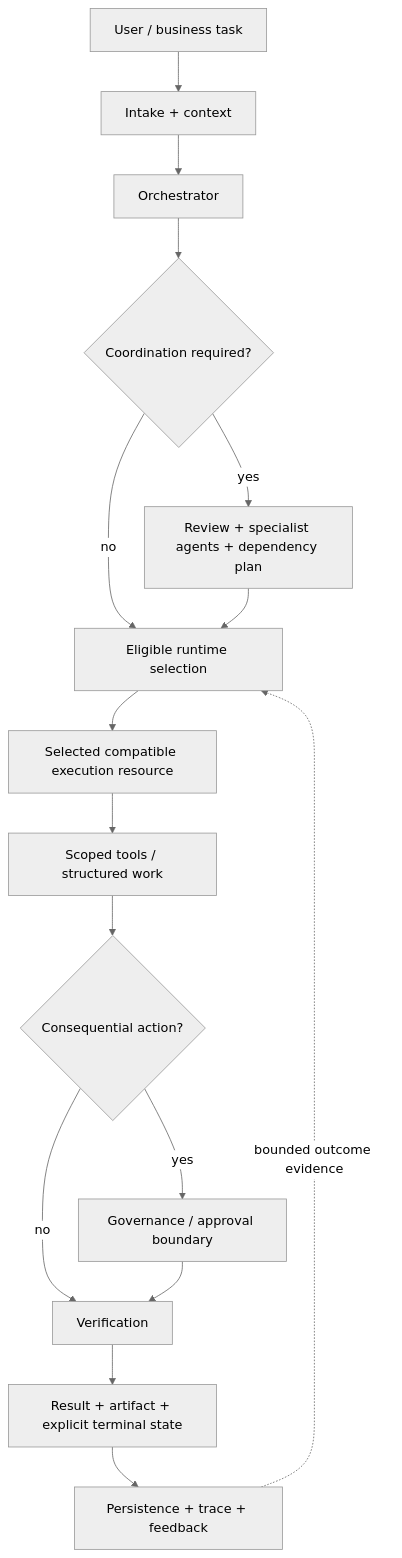
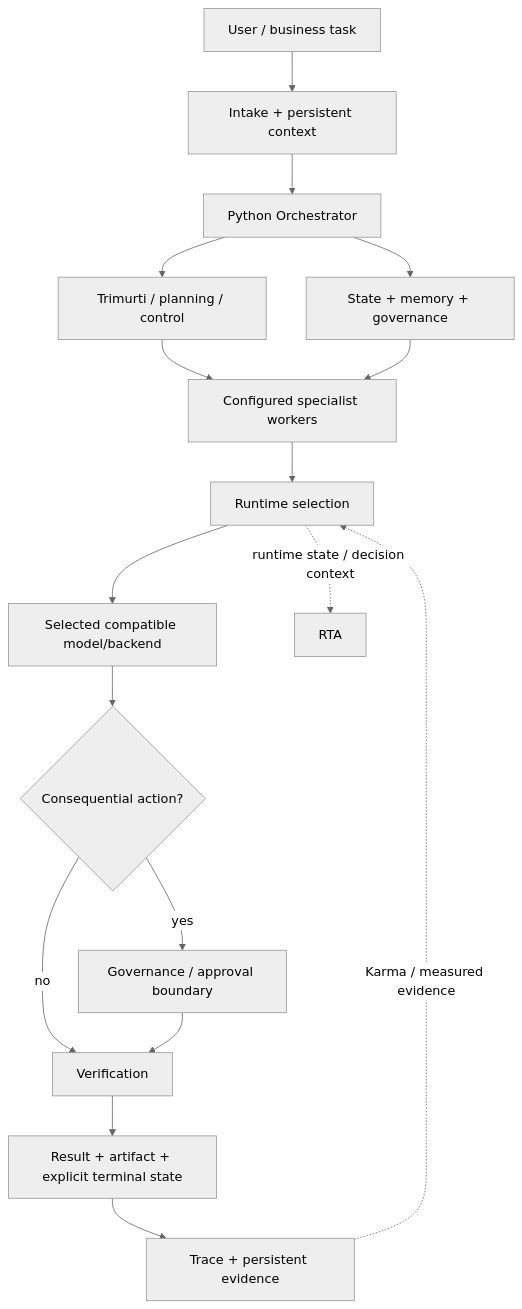
One commit to Prashant10009/agent-forge-showcase changed the diagram in docs/ARCHITECTURE.md. Above: the diagram before and after it, drawn with Mermaid (neutral theme). The commit also changed other lines of this file and 3 other files, not shown here.

First line of the commit message:
docs: final architecture consistency audit (#16)

````diff
--- a/docs/ARCHITECTURE.md
+++ b/docs/ARCHITECTURE.md
@@ -18,18 +19,19 @@
 ```mermaid
 flowchart TD
-  U["User / business task"] --> I["Intake + context"]
-  I --> O["Orchestrator"]
-  O --> D{"Coordination required?"}
-  D -- "no" --> R["Eligible runtime selection"]
-  D -- "yes" --> C["Review + specialist agents + dependency plan"]
-  C --> R
-  R --> X["Selected compatible execution resource"]
-  X --> T["Scoped tools / structured work"]
-  T --> G{"Consequential action?"}
-  G -- "yes" --> A["Governance / approval boundary"]
-  G -- "no" --> V["Verification"]
-  A --> V
-  V --> S["Result + artifact + explicit terminal state"]
-  S --> P["Persistence + trace + feedback"]
-  P -. "bounded outcome evidence" .-> R
+  U["User / business task"] --> I["Intake + persistent context"]
+  I --> O["Python Orchestrator"]
+  O --> T["Trimurti / planning / control"]
+  O --> S["State + memory + governance"]
+  T --> W["Configured specialist workers"]
+  S --> W
+  W --> R["Runtime selection"]
+  R --> X["Selected compatible model/backend"]
+  X --> A{"Consequential action?"}
+  A -- "yes" --> G["Governance / approval boundary"]
+  A -- "no" --> V["Verification"]
+  G --> V
+  V --> Z["Result + artifact + explicit terminal state"]
+  Z --> E["Trace + persistent evidence"]
+  E -. "Karma / measured evidence" .-> R
+  R -. "runtime state / decision context" .-> Q["RTA"]
 ```
````
